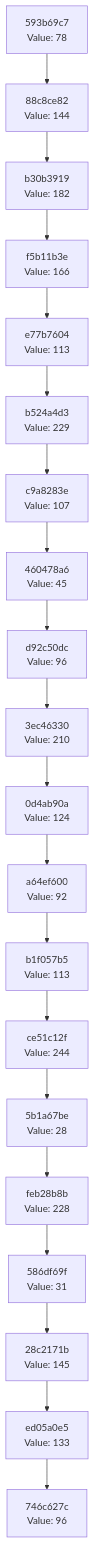
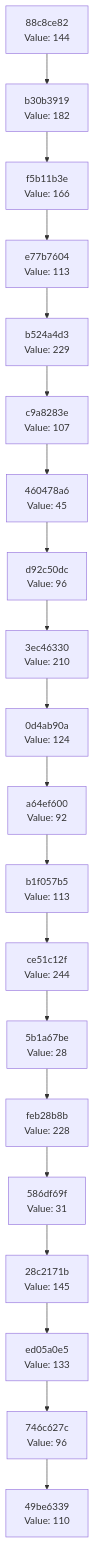
The diagram in docs/CHAIN_VISUALIZATION.md (Abhisheksinha1506/hash-chain-evolver), drawn with Mermaid before and after one commit. The commit also changed 3 other files, not shown here.

````diff
--- a/docs/CHAIN_VISUALIZATION.md
+++ b/docs/CHAIN_VISUALIZATION.md
@@ -3,42 +3,42 @@
 ```mermaid
 graph TD
-    C0["746c627c<br/>Value: 96"]
-    C1["ed05a0e5<br/>Value: 133"]
+    C0["49be6339<br/>Value: 110"]
+    C1["746c627c<br/>Value: 96"]
     C1 --> C0
-    C2["28c2171b<br/>Value: 145"]
+    C2["ed05a0e5<br/>Value: 133"]
     C2 --> C1
-    C3["586df69f<br/>Value: 31"]
+    C3["28c2171b<br/>Value: 145"]
     C3 --> C2
-    C4["feb28b8b<br/>Value: 228"]
+    C4["586df69f<br/>Value: 31"]
     C4 --> C3
-    C5["5b1a67be<br/>Value: 28"]
+    C5["feb28b8b<br/>Value: 228"]
     C5 --> C4
-    C6["ce51c12f<br/>Value: 244"]
+    C6["5b1a67be<br/>Value: 28"]
     C6 --> C5
-    C7["b1f057b5<br/>Value: 113"]
+    C7["ce51c12f<br/>Value: 244"]
     C7 --> C6
-    C8["a64ef600<br/>Value: 92"]
+    C8["b1f057b5<br/>Value: 113"]
     C8 --> C7
-    C9["0d4ab90a<br/>Value: 124"]
+    C9["a64ef600<br/>Value: 92"]
     C9 --> C8
-    C10["3ec46330<br/>Value: 210"]
+    C10["0d4ab90a<br/>Value: 124"]
     C10 --> C9
-    C11["d92c50dc<br/>Value: 96"]
+    C11["3ec46330<br/>Value: 210"]
     C11 --> C10
-    C12["460478a6<br/>Value: 45"]
+    C12["d92c50dc<br/>Value: 96"]
     C12 --> C11
-    C13["c9a8283e<br/>Value: 107"]
+    C13["460478a6<br/>Value: 45"]
     C13 --> C12
-    C14["b524a4d3<br/>Value: 229"]
+    C14["c9a8283e<br/>Value: 107"]
     C14 --> C13
-    C15["e77b7604<br/>Value: 113"]
+    C15["b524a4d3<br/>Value: 229"]
     C15 --> C14
-    C16["f5b11b3e<br/>Value: 166"]
+    C16["e77b7604<br/>Value: 113"]
     C16 --> C15
-    C17["b30b3919<br/>Value: 182"]
+    C17["f5b11b3e<br/>Value: 166"]
     C17 --> C16
-    C18["88c8ce82<br/>Value: 144"]
+    C18["b30b3919<br/>Value: 182"]
     C18 --> C17
-    C19["593b69c7<br/>Value: 78"]
+    C19["88c8ce82<br/>Value: 144"]
     C19 --> C18
 ```
````
